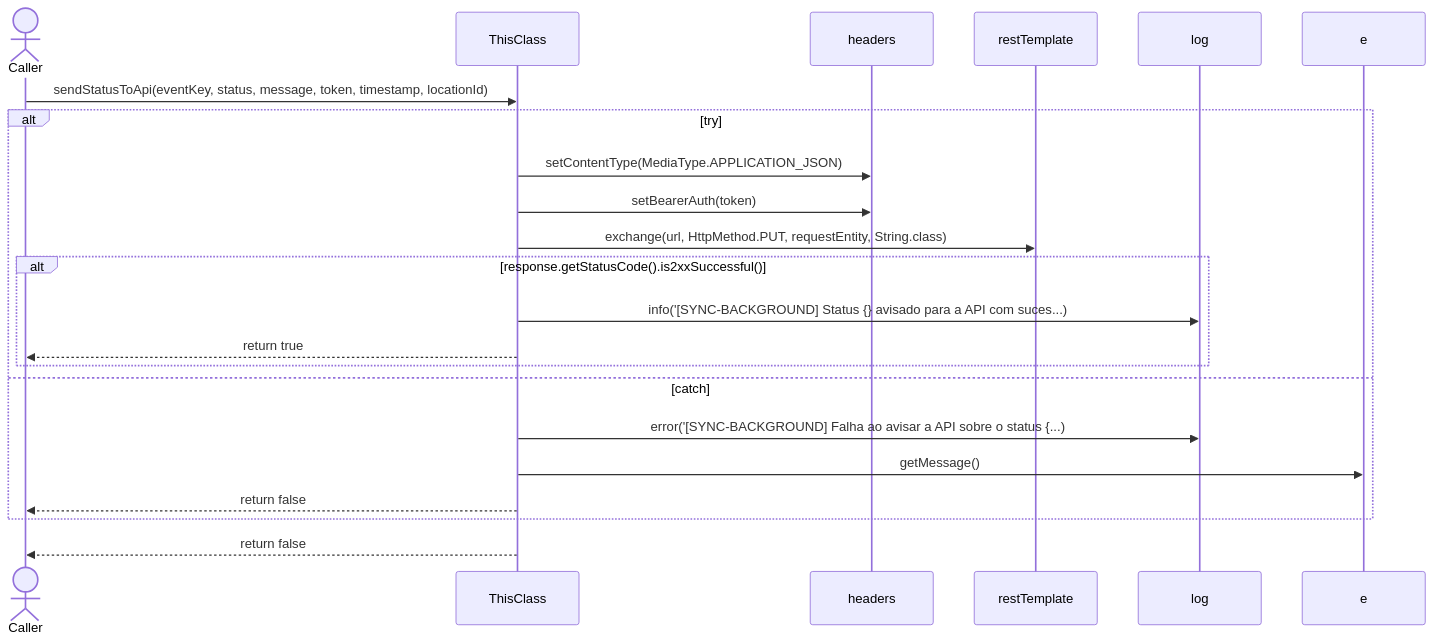
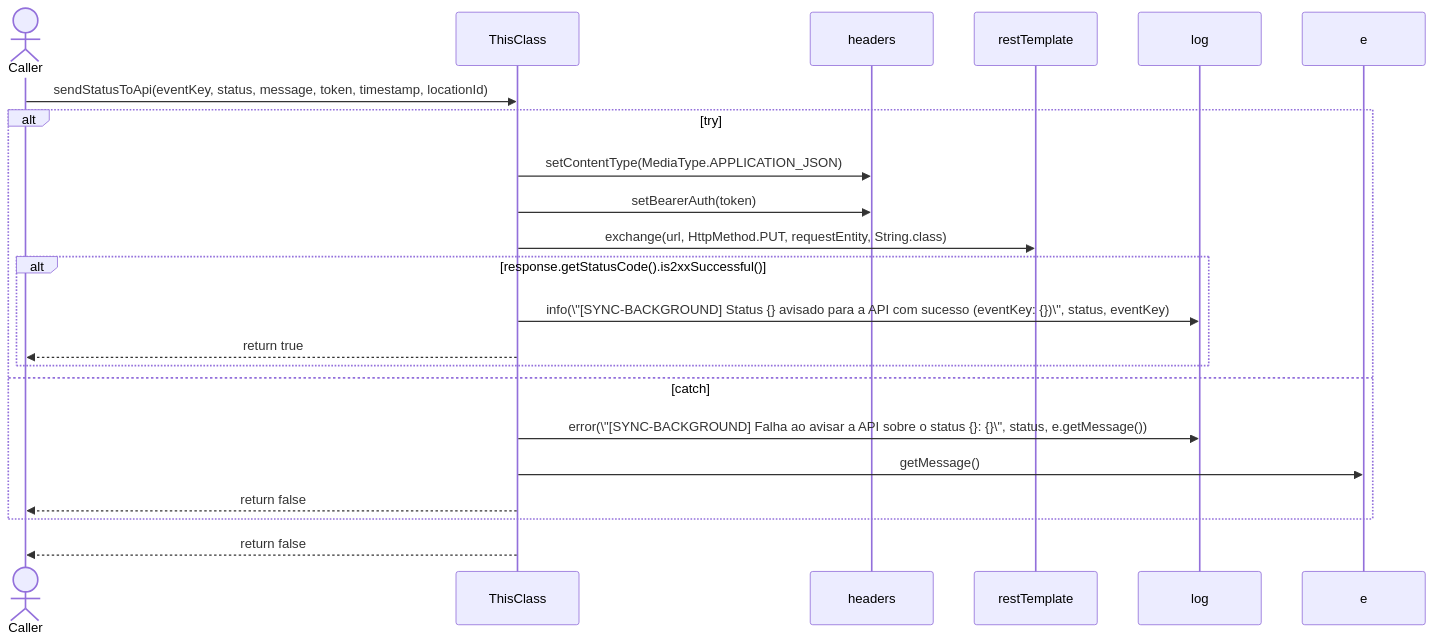
One commit to FelipeMCassiano/geanky changed diagram 14 of 16 in docs/CloudSyncUploadService.md. Above: the diagram before and after it, drawn with Mermaid. The commit also changed other lines of this file and 6 other files, not shown here.

````diff
--- a/docs/CloudSyncUploadService.md
+++ b/docs/CloudSyncUploadService.md
@@ -1020,26 +1020,26 @@
 ```mermaid
 sequenceDiagram
     actor Caller
     participant ThisClass
     participant headers
     participant restTemplate
     participant log
     participant e
 
     Caller->>ThisClass: sendStatusToApi(eventKey, status, message, token, timestamp, locationId)
     alt try
     ThisClass->>headers: setContentType(MediaType.APPLICATION_JSON)
     ThisClass->>headers: setBearerAuth(token)
     ThisClass->>restTemplate: exchange(url, HttpMethod.PUT, requestEntity, String.class)
     alt response.getStatusCode().is2xxSuccessful()
-    ThisClass->>log: info('[SYNC-BACKGROUND] Status {} avisado para a API com suces...)
+    ThisClass->>log: info(\"[SYNC-BACKGROUND] Status {} avisado para a API com sucesso (eventKey: {})\", status, eventKey)
     ThisClass-->>Caller: return true
     end
     else catch 
-    ThisClass->>log: error('[SYNC-BACKGROUND] Falha ao avisar a API sobre o status {...)
+    ThisClass->>log: error(\"[SYNC-BACKGROUND] Falha ao avisar a API sobre o status {}: {}\", status, e.getMessage())
     ThisClass->>e: getMessage()
     ThisClass-->>Caller: return false
     end
     ThisClass-->>Caller: return false
 
 ```
````
